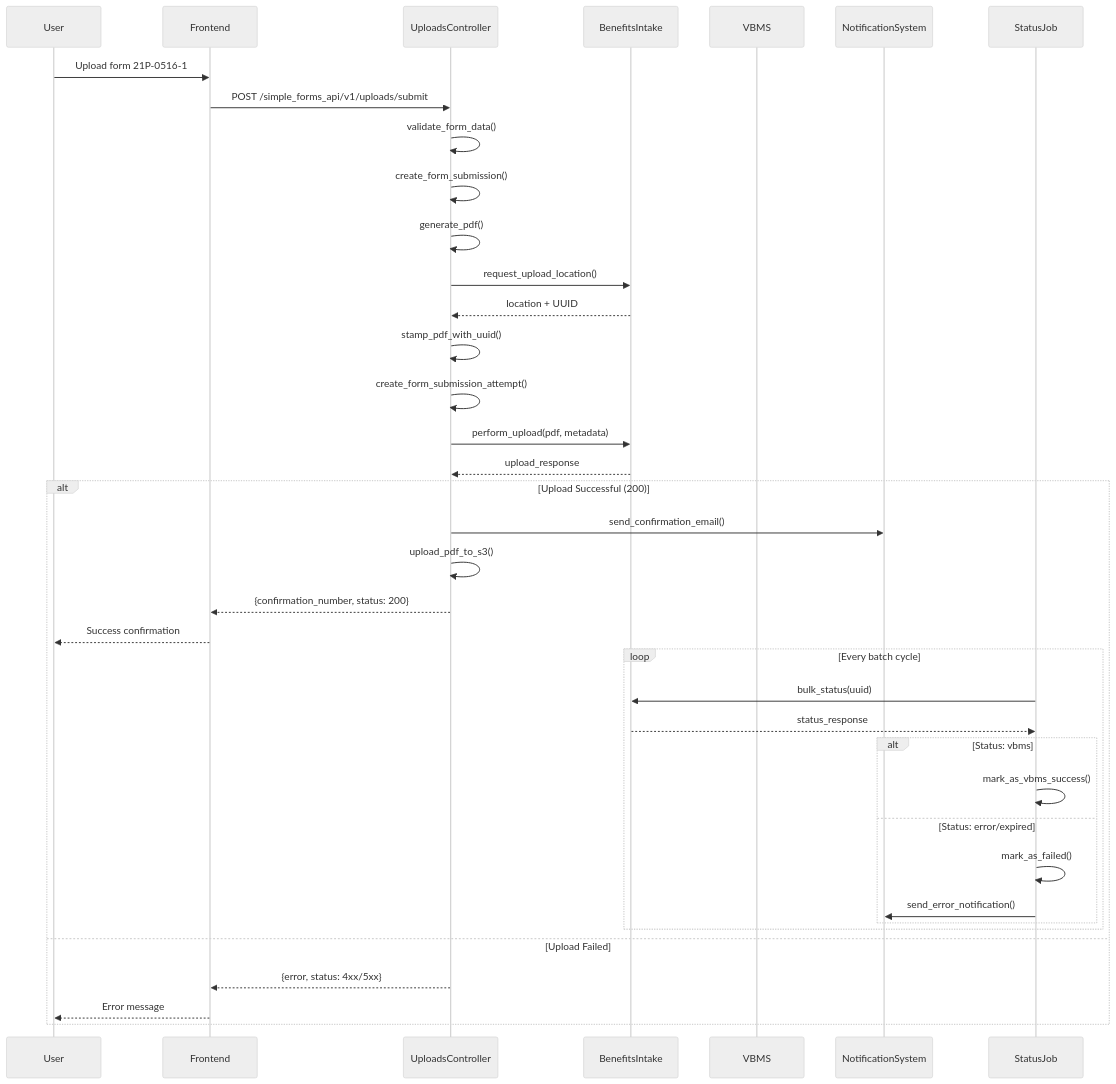
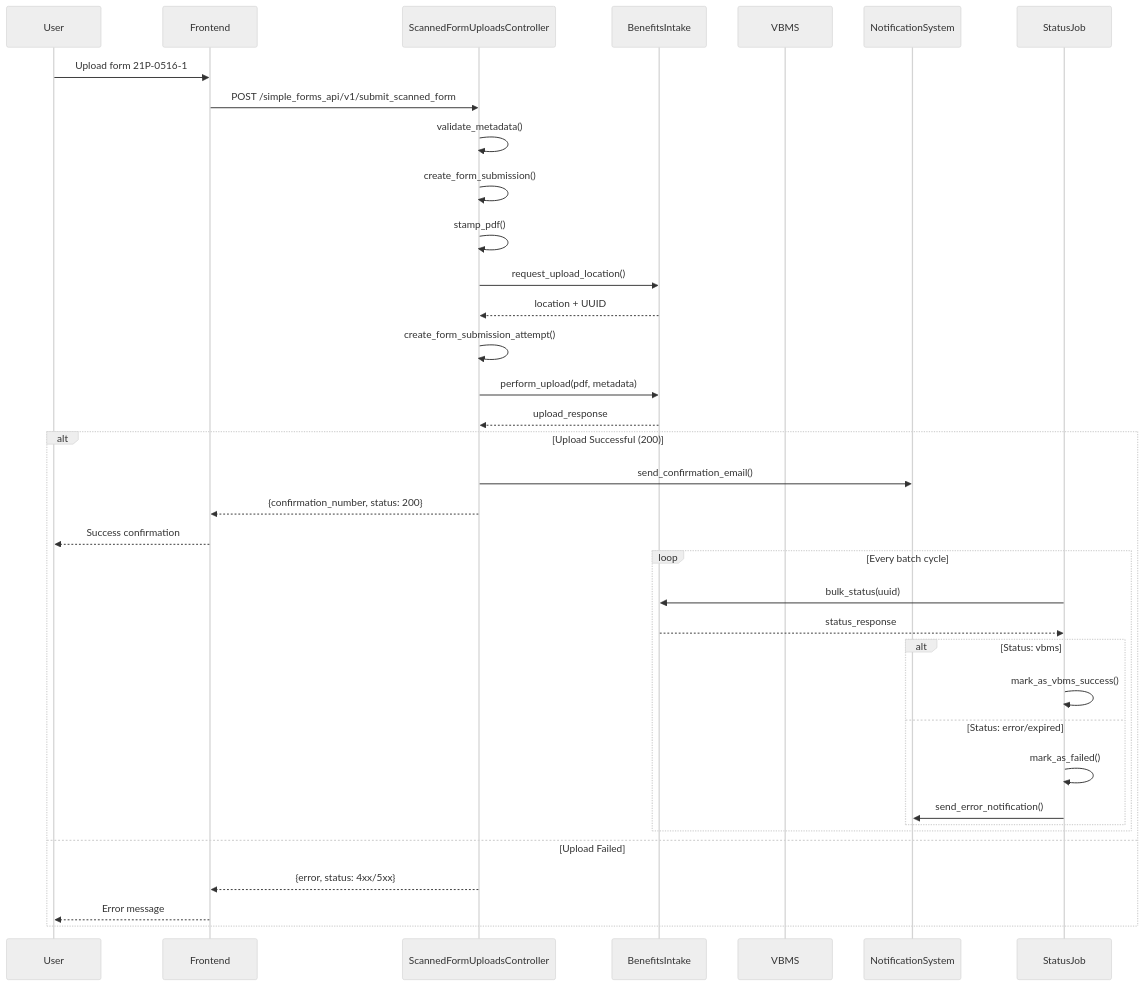
One commit to agilesix/VA-forms-research changed the second of 3 diagrams in docs/forms/21P-0516-1_implementation.md. Above: the diagram before and after it, drawn with Mermaid (neutral theme). The commit also changed other lines of this file, not shown here.

````diff
--- a/docs/forms/21P-0516-1_implementation.md
+++ b/docs/forms/21P-0516-1_implementation.md
@@ -112,45 +134,43 @@
 ```mermaid
 sequenceDiagram
     participant User
     participant Frontend
-    participant UploadsController
+    participant ScannedFormUploadsController
     participant BenefitsIntake
     participant VBMS
     participant NotificationSystem
     participant StatusJob
 
     User->>Frontend: Upload form 21P-0516-1
-    Frontend->>UploadsController: POST /simple_forms_api/v1/uploads/submit
+    Frontend->>ScannedFormUploadsController: POST /simple_forms_api/v1/submit_scanned_form
     
-    UploadsController->>UploadsController: validate_form_data()
-    UploadsController->>UploadsController: create_form_submission()
-    UploadsController->>UploadsController: generate_pdf()
-    UploadsController->>BenefitsIntake: request_upload_location()
-    BenefitsIntake-->>UploadsController: location + UUID
+    ScannedFormUploadsController->>ScannedFormUploadsController: validate_metadata()
+    ScannedFormUploadsController->>ScannedFormUploadsController: create_form_submission()
+    ScannedFormUploadsController->>ScannedFormUploadsController: stamp_pdf()
+    ScannedFormUploadsController->>BenefitsIntake: request_upload_location()
+    BenefitsIntake-->>ScannedFormUploadsController: location + UUID
     
-    UploadsController->>UploadsController: stamp_pdf_with_uuid()
-    UploadsController->>UploadsController: create_form_submission_attempt()
-    UploadsController->>BenefitsIntake: perform_upload(pdf, metadata)
-    BenefitsIntake-->>UploadsController: upload_response
+    ScannedFormUploadsController->>ScannedFormUploadsController: create_form_submission_attempt()
+    ScannedFormUploadsController->>BenefitsIntake: perform_upload(pdf, metadata)
+    BenefitsIntake-->>ScannedFormUploadsController: upload_response
     
     alt Upload Successful (200)
-        UploadsController->>NotificationSystem: send_confirmation_email()
-        UploadsController->>UploadsController: upload_pdf_to_s3()
-        UploadsController-->>Frontend: {confirmation_number, status: 200}
+        ScannedFormUploadsController->>NotificationSystem: send_confirmation_email()
+        ScannedFormUploadsController-->>Frontend: {confirmation_number, status: 200}
         Frontend-->>User: Success confirmation
         
         loop Every batch cycle
             StatusJob->>BenefitsIntake: bulk_status(uuid)
             BenefitsIntake-->>StatusJob: status_response
             alt Status: vbms
                 StatusJob->>StatusJob: mark_as_vbms_success()
             else Status: error/expired
                 StatusJob->>StatusJob: mark_as_failed()
                 StatusJob->>NotificationSystem: send_error_notification()
             end
         end
     else Upload Failed
-        UploadsController-->>Frontend: {error, status: 4xx/5xx}
+        ScannedFormUploadsController-->>Frontend: {error, status: 4xx/5xx}
         Frontend-->>User: Error message
     end
 ```
````
